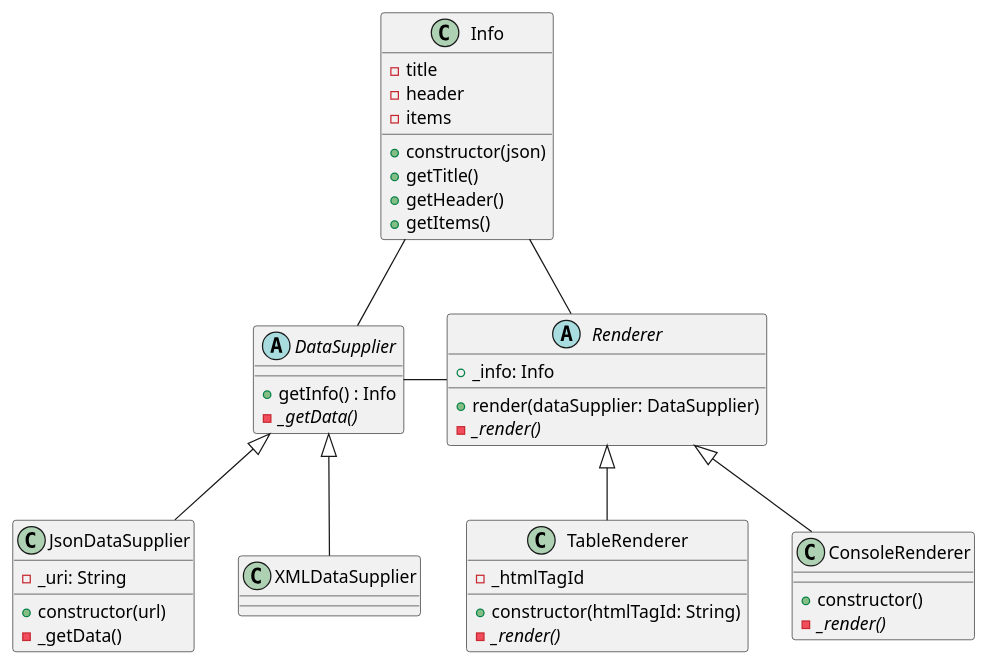
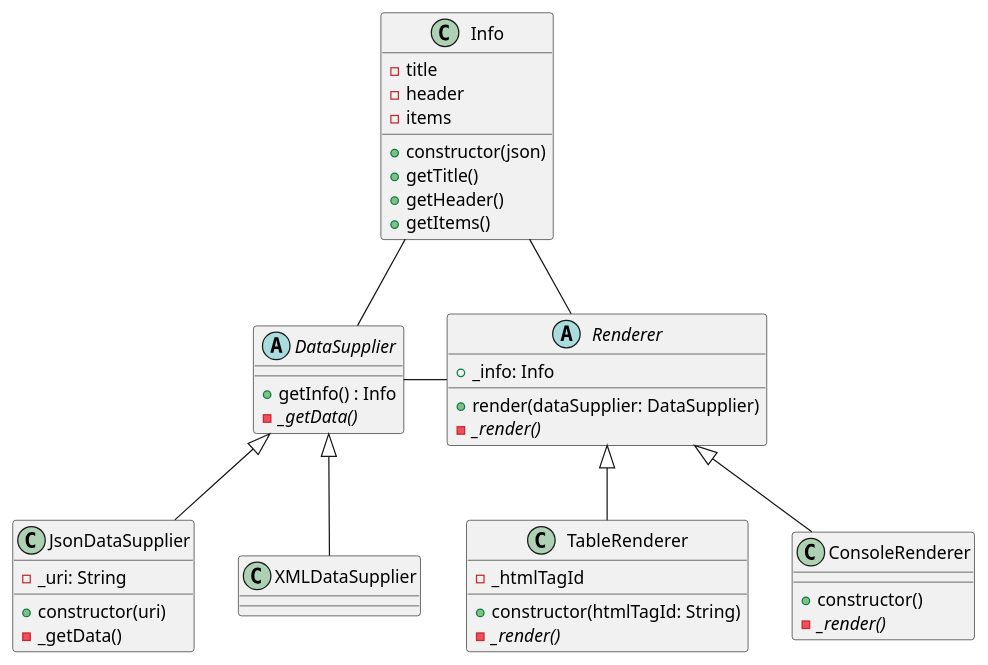
Before and after one commit to expert0226/codespitz: the seventh of 8 diagrams in src/main/resources/codespitz79/designpattern/day01/day01.adoc, drawn with PlantUML. The commit also changed other lines of this file and 3 other files, not shown here.

```diff
--- a/src/main/resources/codespitz79/designpattern/day01/day01.adoc
+++ b/src/main/resources/codespitz79/designpattern/day01/day01.adoc
@@ -118,50 +176,50 @@
-[plantuml, exam04_classe, png]
+[plantuml, exam04_class, png]
 ....
 @startuml
 class Info {
     - title
     - header
     - items
     + constructor(json)
     + getTitle()
     + getHeader()
     + getItems()
 }
 
 abstract class DataSupplier {
     + getInfo() : Info
     - {abstract} _getData()
 }
 
 class JsonDataSupplier {
     - _uri: String
-    + constructor(url)
+    + constructor(uri)
     - _getData()
 }
 
 abstract class Renderer {
     + _info: Info
     + render(dataSupplier: DataSupplier)
     - {abstract} _render()
 }
 
 class TableRenderer {
     - _htmlTagId
     + constructor(htmlTagId: String)
     - {abstract} _render()
 }
 
 class ConsoleRenderer {
     + constructor()
     - {abstract} _render()
 }
 
 Info -- DataSupplier
 Info -- Renderer
 DataSupplier <|-- JsonDataSupplier
 DataSupplier <|-- XMLDataSupplier
 DataSupplier - Renderer
 Renderer <|-- TableRenderer
 Renderer <|-- ConsoleRenderer
 @enduml
 ....
```
